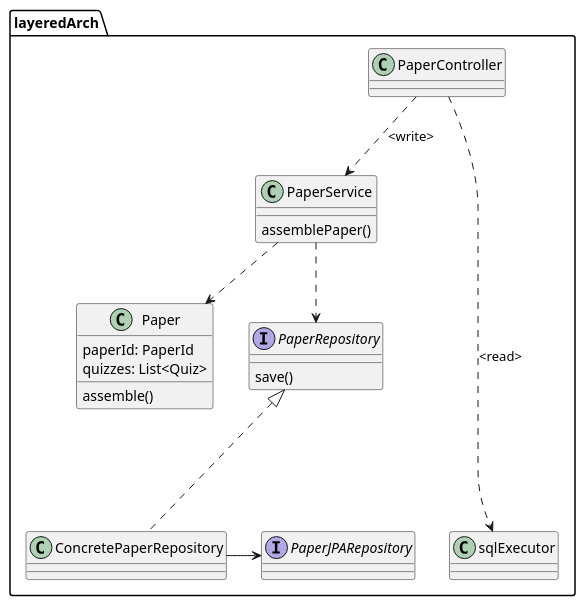
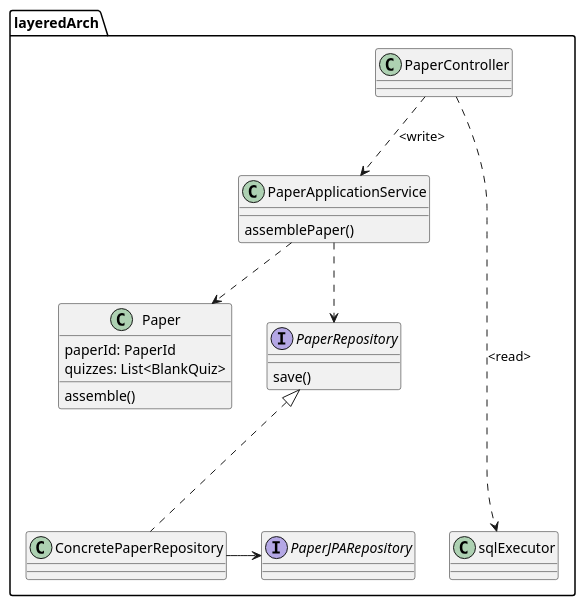
One commit to DDD-Bootcamp/exam-plantform changed the diagram in design/layered-cqrs-paper.puml. Above: the diagram before and after it, drawn with PlantUML. The commit also changed 2 other files, not shown here.

Commit message:
use PaperApplicationService instead of PaperService in seq and cqrs puml

```diff
--- a/design/layered-cqrs-paper.puml
+++ b/design/layered-cqrs-paper.puml
@@ -1,36 +1,36 @@
 @startuml
 
 package layeredArch {
     class "PaperController" as oc{}
 
-    class "PaperService" as os {
+    class "PaperApplicationService" as os {
         assemblePaper()
     }
 
     class "Paper" as od {
         paperId: PaperId
-        quizzes: List<Quiz>
+        quizzes: List<BlankQuiz>
         assemble()
     }
 
     interface PaperRepository {
         save()
     }
 
     class PaperJPARepository {}
 
     class ConcretePaperRepository {}
 
     interface PaperJPARepository{}
 
     oc ..> os :<write>
     os ..> od
     os ..> PaperRepository
     oc .....> sqlExecutor :<read>
 
     PaperRepository <|... ConcretePaperRepository
     ConcretePaperRepository -right-> PaperJPARepository
 }
 
 
 @enduml
```
